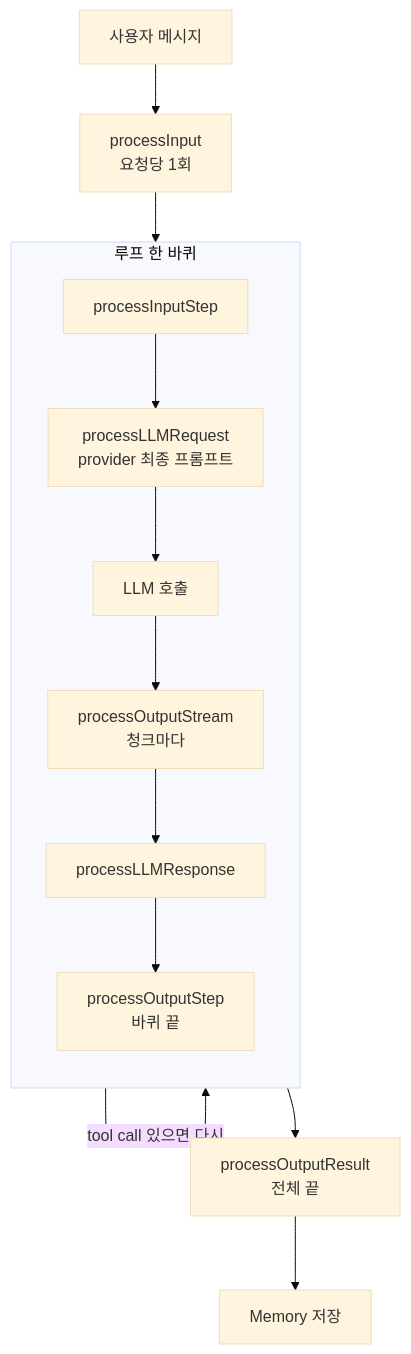
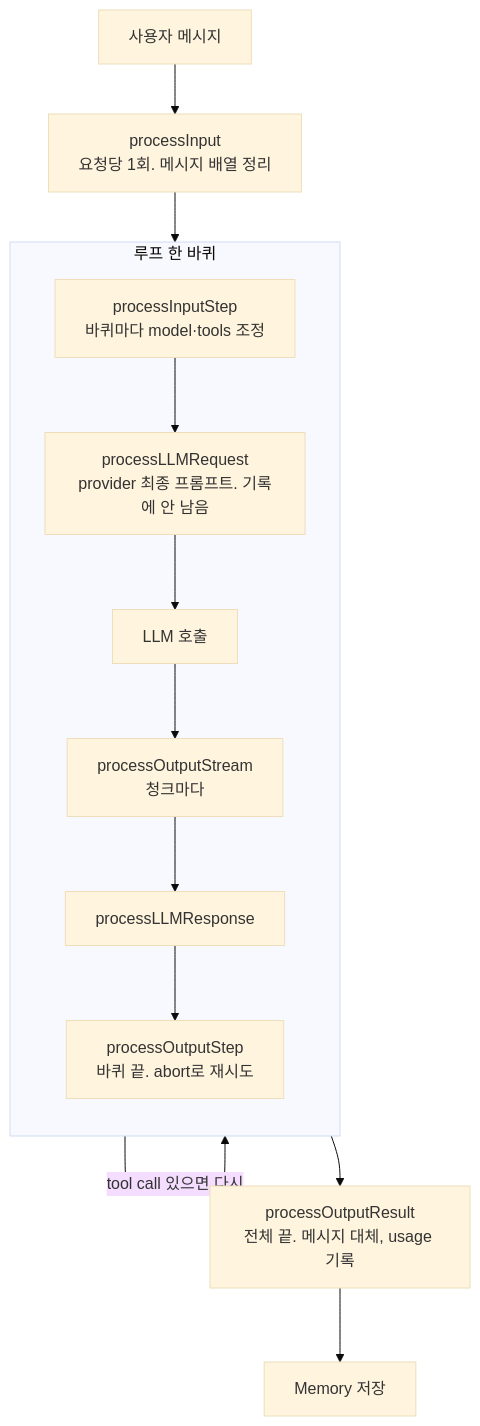
The third of 3 diagrams in docs/agents.md (hoyunjung-dwhale/mastra-playground), drawn with Mermaid (base theme) before and after one commit. The commit also changed other lines of this file, not shown here.

Commit message:
Agents 정리 파일을 완전판으로 재구성: 문법 대응표, 메시지 구조 예시, 샌드박스·네이티브 애드온 설명 추가

````diff
--- a/docs/agents.md
+++ b/docs/agents.md
@@ -360,16 +568,16 @@
 ```mermaid
 flowchart TB
-    U[사용자 메시지] --> PI[processInput<br/>요청당 1회]
+    U[사용자 메시지] --> PI[processInput<br/>요청당 1회. 메시지 배열 정리]
     PI --> S
     subgraph S[루프 한 바퀴]
         direction TB
-        PIS[processInputStep] --> PLR[processLLMRequest<br/>provider 최종 프롬프트]
+        PIS[processInputStep<br/>바퀴마다 model·tools 조정] --> PLR[processLLMRequest<br/>provider 최종 프롬프트. 기록에 안 남음]
         PLR --> LLM[LLM 호출]
         LLM --> POS[processOutputStream<br/>청크마다]
         POS --> PLS[processLLMResponse]
-        PLS --> POST[processOutputStep<br/>바퀴 끝]
+        PLS --> POST[processOutputStep<br/>바퀴 끝. abort로 재시도]
     end
     S -- tool call 있으면 다시 --> S
-    S --> POR[processOutputResult<br/>전체 끝]
+    S --> POR[processOutputResult<br/>전체 끝. 메시지 대체, usage 기록]
     POR --> MEM[Memory 저장]
 ```
````
